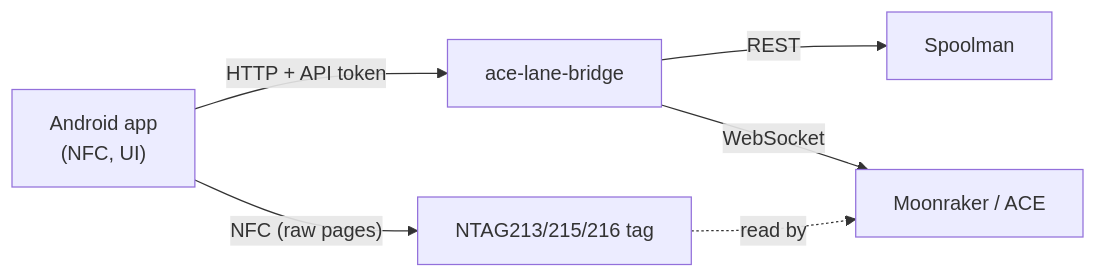
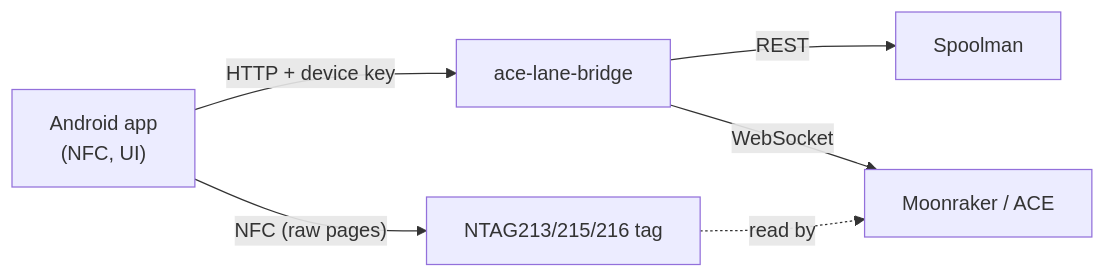
One commit to xNoVoSx/kobra-spoolman changed the diagram in docs/android-app.md. Above: the diagram before and after it, drawn with Mermaid. The commit also changed other lines of this file and 17 other files, not shown here.

First line of the commit message:
Doku neu fuer Weboberflaeche, Koppeln und App; Bridge 2.6.0

````diff
--- a/docs/android-app.md
+++ b/docs/android-app.md
@@ -37,8 +63,8 @@
 ```mermaid
 flowchart LR
-    APP["Android app<br/>(NFC, UI)"] -- "HTTP + API token" --> BR["ace-lane-bridge"]
+    APP["Android app<br/>(NFC, UI)"] -- "HTTP + device key" --> BR["ace-lane-bridge"]
     BR -- "REST" --> SM["Spoolman"]
     BR -- "WebSocket" --> MR["Moonraker / ACE"]
     APP -- "NFC (raw pages)" --> TAG["NTAG213/215/216 tag"]
     TAG -. "read by" .-> MR
 ```
````
